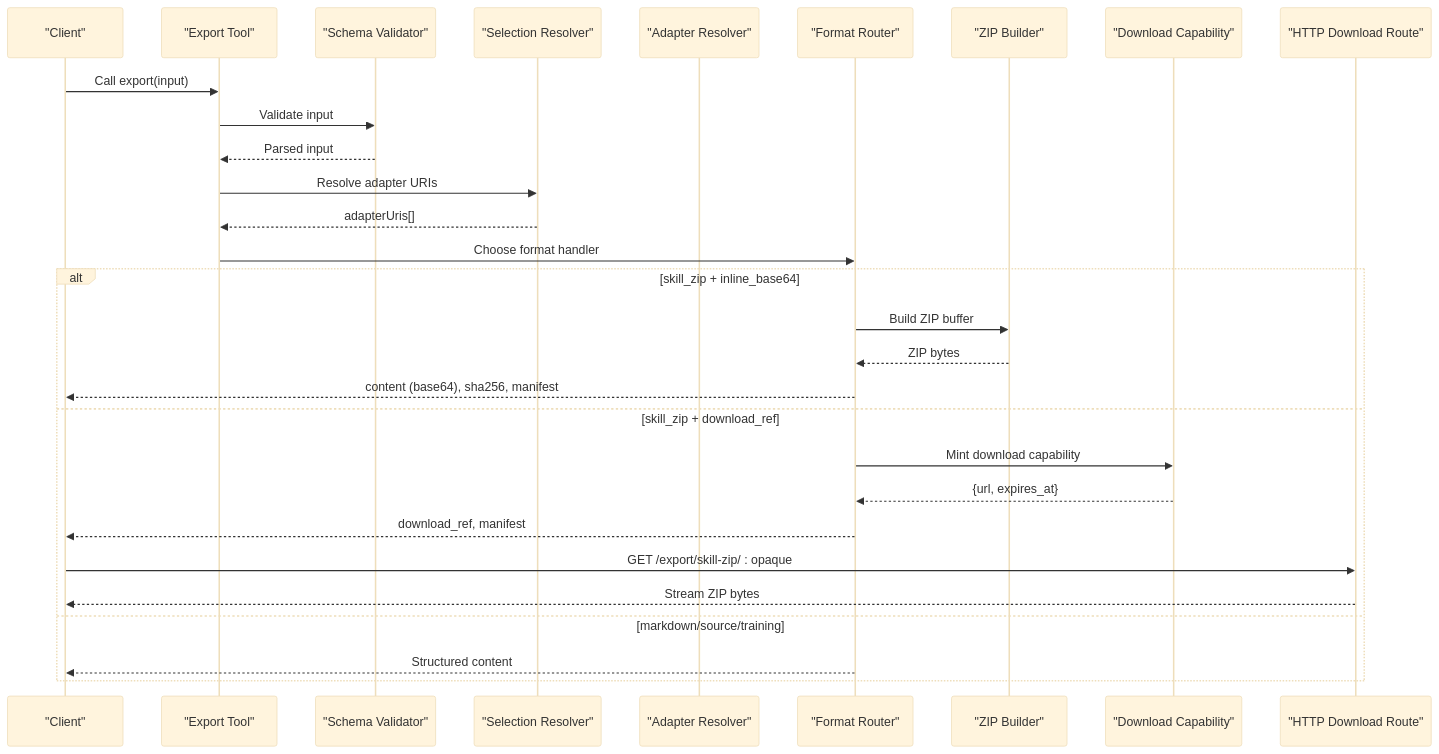
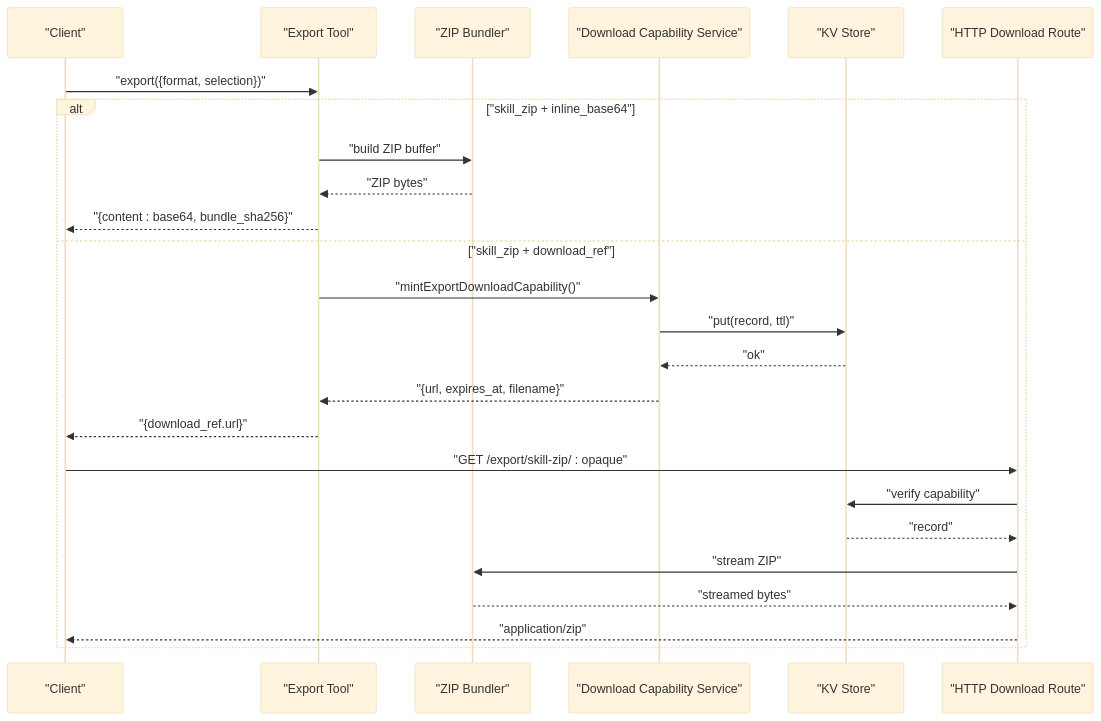
Before and after one commit to SquadRules/mcp: the second of 4 diagrams in .qoder/repowiki/en/content/MCP Tools Reference/Export Tool.md, drawn with Mermaid (base theme). The commit also changed other lines of this file and 553 other files, not shown here.

````diff
--- a/.qoder/repowiki/en/content/MCP Tools Reference/Export Tool.md
+++ b/.qoder/repowiki/en/content/MCP Tools Reference/Export Tool.md
@@ -127,31 +110,27 @@
 ```mermaid
 sequenceDiagram
 participant Client as "Client"
 participant Tool as "Export Tool"
-participant Schema as "Schema Validator"
-participant Select as "Selection Resolver"
-participant Adapter as "Adapter Resolver"
-participant Format as "Format Router"
-participant Zip as "ZIP Builder"
-participant Cap as "Download Capability"
-participant Http as "HTTP Download Route"
-Client->>Tool : Call export(input)
-Tool->>Schema : Validate input
-Schema-->>Tool : Parsed input
-Tool->>Select : Resolve adapter URIs
-Select-->>Tool : adapterUris[]
-Tool->>Format : Choose format handler
-alt skill_zip + inline_base64
-Format->>Zip : Build ZIP buffer
-Zip-->>Format : ZIP bytes
-Format-->>Client : content (base64), sha256, manifest
-else skill_zip + download_ref
-Format->>Cap : Mint download capability
-Cap-->>Format : {url, expires_at}
-Format-->>Client : download_ref, manifest
-Client->>Http : GET /export/skill-zip/ : opaque
-Http-->>Client : Stream ZIP bytes
-else markdown/source/training
-Format-->>Client : Structured content
+participant Zip as "ZIP Bundler"
+participant Cap as "Download Capability Service"
+participant Store as "KV Store"
+participant Route as "HTTP Download Route"
+Client->>Tool : "export({format, selection})"
+alt "skill_zip + inline_base64"
+Tool->>Zip : "build ZIP buffer"
+Zip-->>Tool : "ZIP bytes"
+Tool-->>Client : "{content : base64, bundle_sha256}"
+else "skill_zip + download_ref"
+Tool->>Cap : "mintExportDownloadCapability()"
+Cap->>Store : "put(record, ttl)"
+Store-->>Cap : "ok"
+Cap-->>Tool : "{url, expires_at, filename}"
+Tool-->>Client : "{download_ref.url}"
+Client->>Route : "GET /export/skill-zip/ : opaque"
+Route->>Store : "verify capability"
+Store-->>Route : "record"
+Route->>Zip : "stream ZIP"
+Zip-->>Route : "streamed bytes"
+Route-->>Client : "application/zip"
 end
 ```
````
